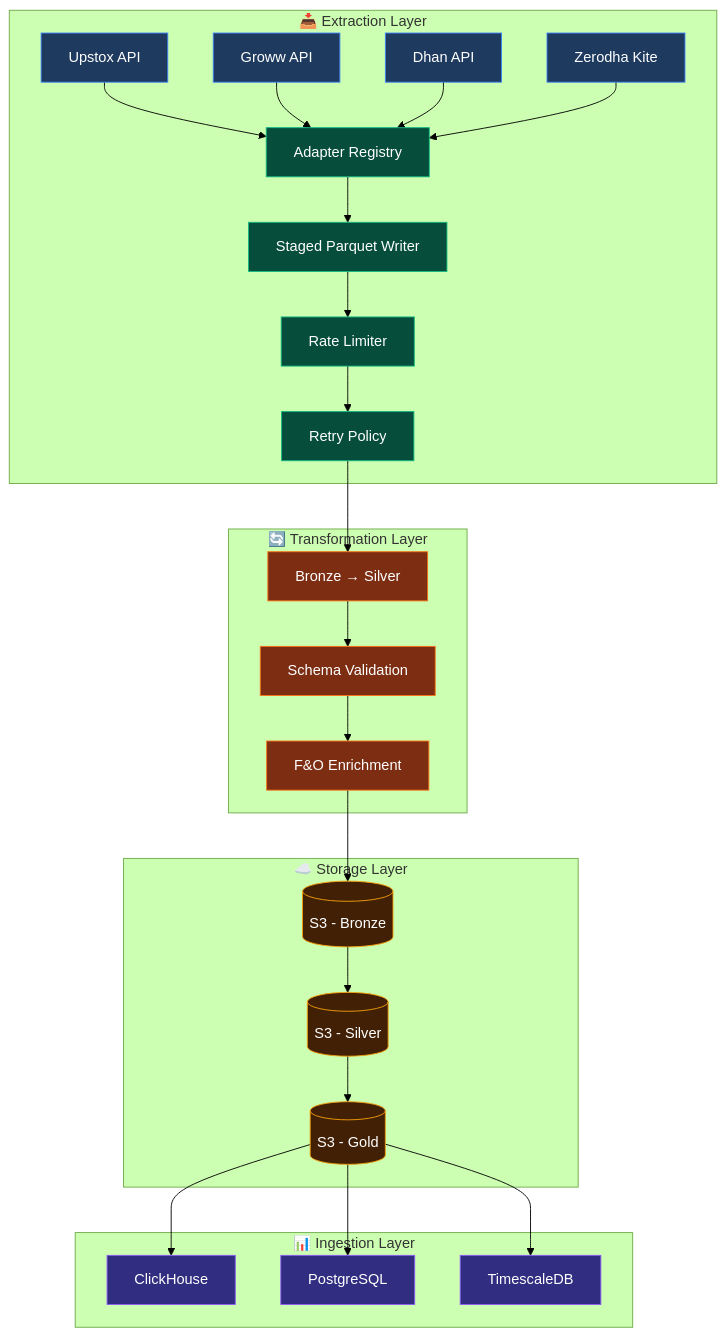
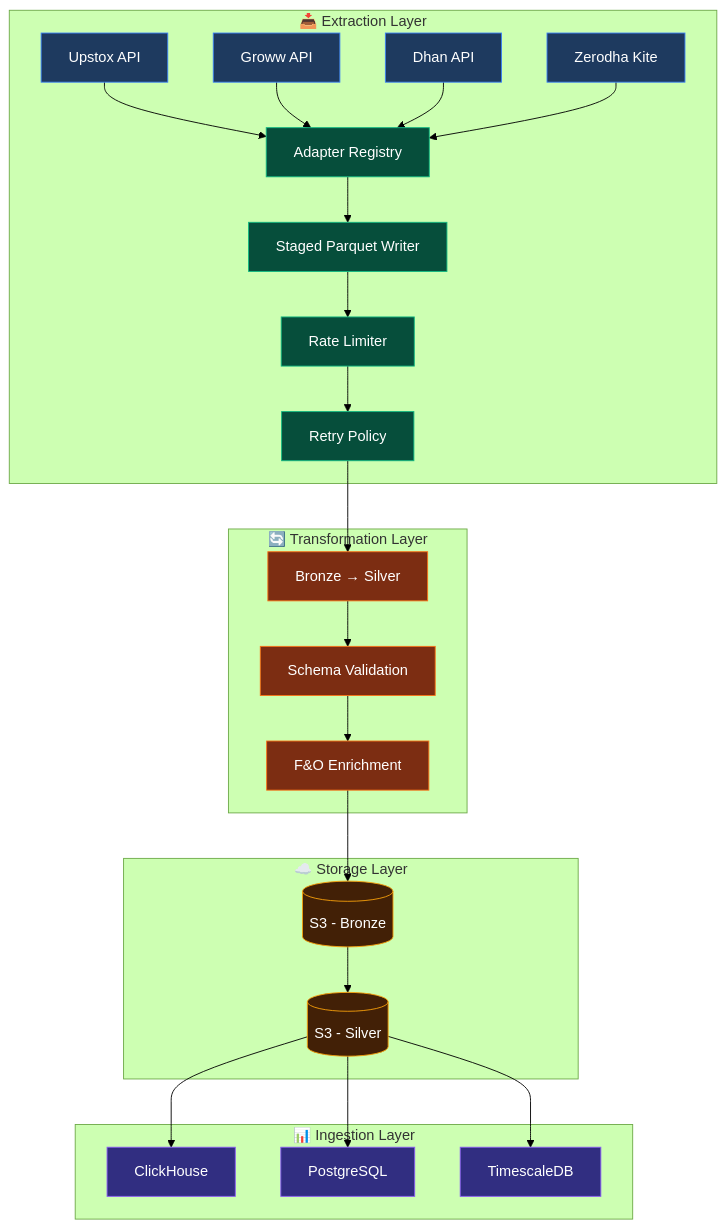
One commit to Ronak-kumar/Market_Data_Pipeline changed the diagram in README.md. Above: the diagram before and after it, drawn with Mermaid (forest theme). The commit also changed other lines of this file and 4 other files, not shown here.

````diff
--- a/README.md
+++ b/README.md
@@ -32,55 +33,53 @@
 ```mermaid
 flowchart TB
     subgraph Extraction["📥 Extraction Layer"]
         A1[Upstox API]:::api
         A2[Groww API]:::api
         A3[Dhan API]:::api
         A4[Zerodha Kite]:::api
         
         B[Adapter Registry]:::core
         C[Staged Parquet Writer]:::core
         D[Rate Limiter]:::core
         E[Retry Policy]:::core
     end
     
     subgraph Transformation["🔄 Transformation Layer"]
         F[Bronze → Silver]:::transform
         G[Schema Validation]:::transform
         H[F&O Enrichment]:::transform
     end
     
     subgraph Storage["☁️ Storage Layer"]
         I[(S3 - Bronze)]:::storage
         J[(S3 - Silver)]:::storage
-        K[(S3 - Gold)]:::storage
     end
     
     subgraph Ingestion["📊 Ingestion Layer"]
         L[ClickHouse]:::db
         M[PostgreSQL]:::db
         N[TimescaleDB]:::db
     end
     
     A1 --> B
     A2 --> B
     A3 --> B
     A4 --> B
     B --> C
     C --> D
     D --> E
     E --> F
     F --> G
     G --> H
     H --> I
     I --> J
-    J --> K
-    K --> L
-    K --> M
-    K --> N
+    J --> L
+    J --> M
+    J--> N
     
     classDef api fill:#1e3a5f,stroke:#3b82f6,color:#fff
     classDef core fill:#064e3b,stroke:#10b981,color:#fff
     classDef transform fill:#7c2d12,stroke:#f97316,color:#fff
     classDef storage fill:#422006,stroke:#f59e0b,color:#fff
     classDef db fill:#312e81,stroke:#8b5cf6,color:#fff
 ```
````
